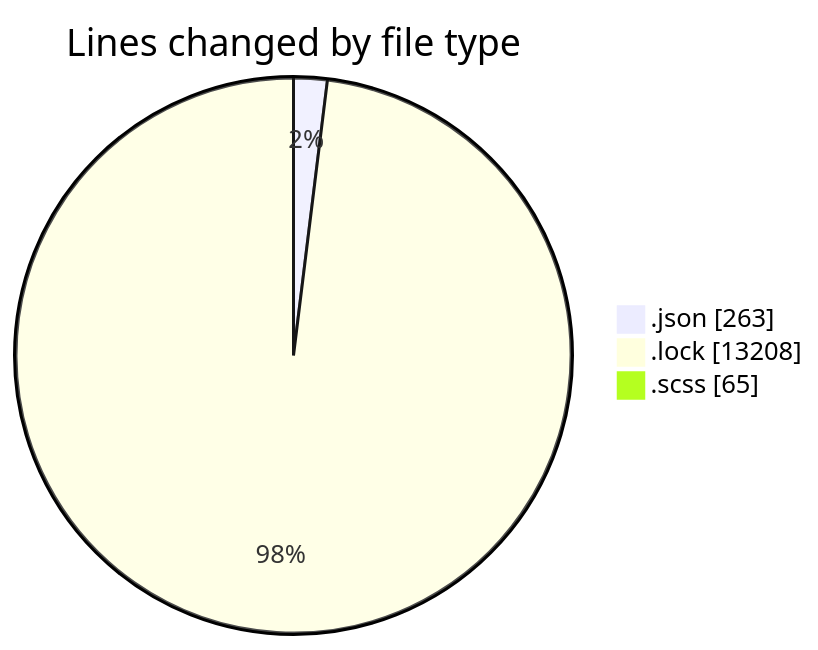
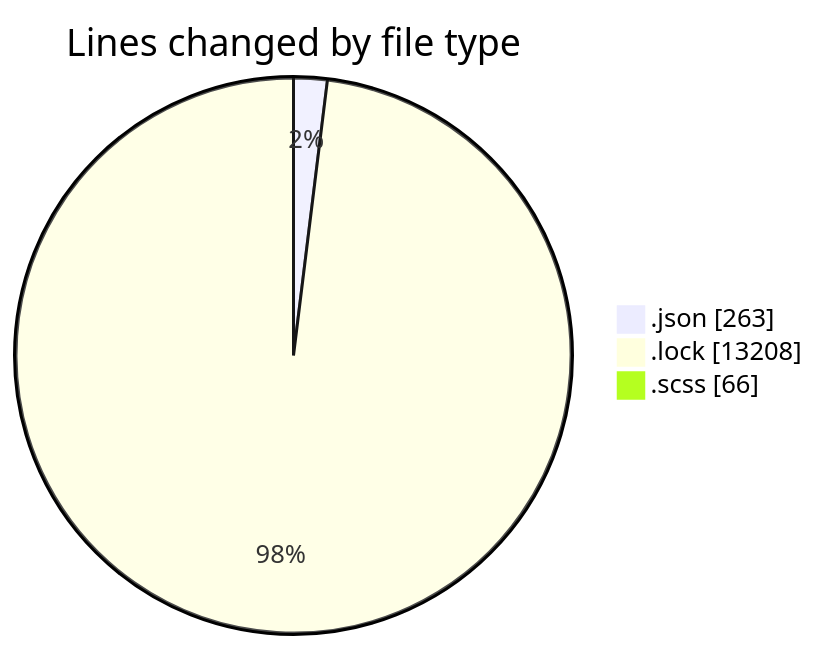
One commit to momahboobian/code-tracking changed the first of 2 diagrams in 2026-01-26/cda/README.md. Above: the diagram before and after it, drawn with Mermaid. The commit also changed other lines of this file and 1 other file, not shown here.

````diff
--- a/2026-01-26/cda/README.md
+++ b/2026-01-26/cda/README.md
@@ -24,7 +24,7 @@
 ```mermaid
 pie showData
 title Lines changed by file type
 ".json" : 263
 ".lock" : 13208
-".scss" : 65
+".scss" : 66
 ```
````
